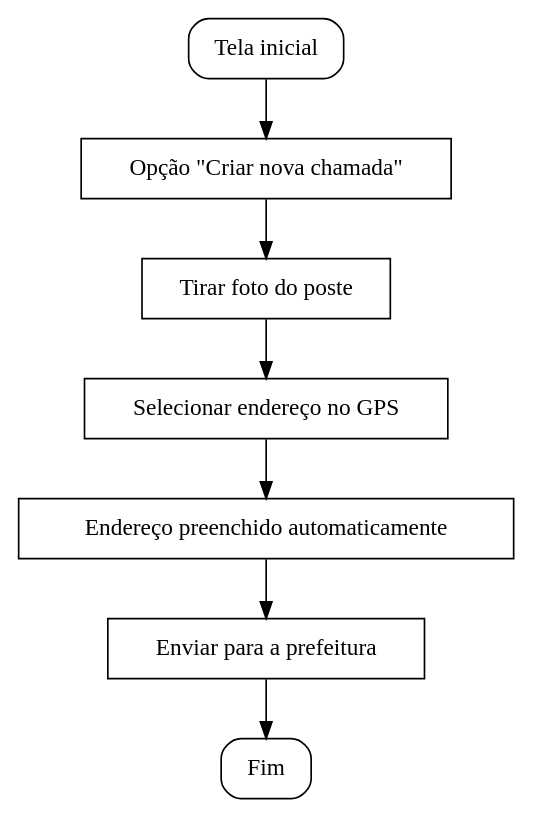
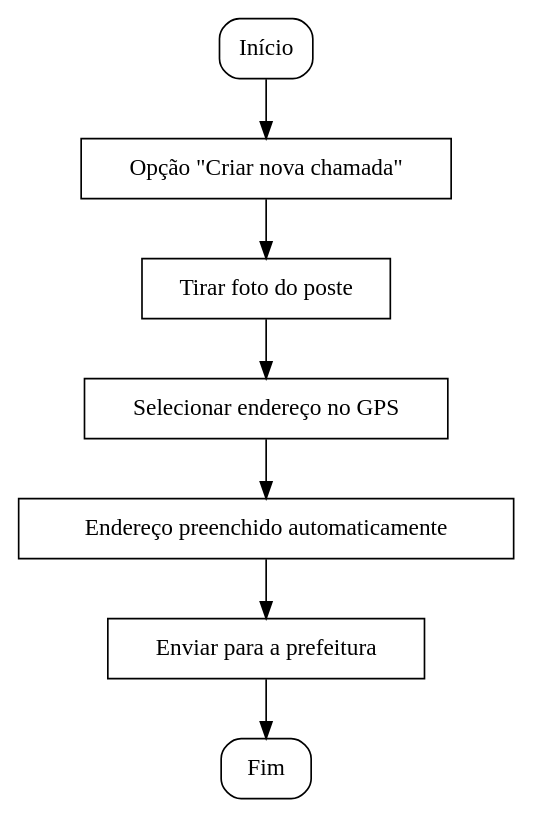
Before and after one commit to CidadeIluminada/TCCCidadeIluminadaDoc: the diagram in tex/fluxo_app.dot, drawn with Graphviz. The commit also changed 3 other files, not shown here.

```diff
--- a/tex/fluxo_app.dot
+++ b/tex/fluxo_app.dot
@@ -1,19 +1,19 @@
 // apt-get install graphviz
 //$ cat mer.dot | dot -Tsvg > mer.svg
 //$ cat mer.dot | dot -Tjpg > mer.jpg
 digraph {
     node[shape="box", style="rounded"]
        start; end;
     node[shape="rectangle", style=""]
         nova_chamada; foto_poste; gps; endereco; envio;
 
     start -> nova_chamada -> foto_poste -> gps -> endereco -> envio -> end;
 
-    start[label="Tela inicial"]
+    start[label="Início"]
     end[label="Fim"]
     nova_chamada[label="Opção \"Criar nova chamada\""]
     foto_poste[label="Tirar foto do poste"]
     gps[label="Selecionar endereço no GPS"]
     endereco[label="Endereço preenchido automaticamente"]
     envio[label="Enviar para a prefeitura"]
 }
```
